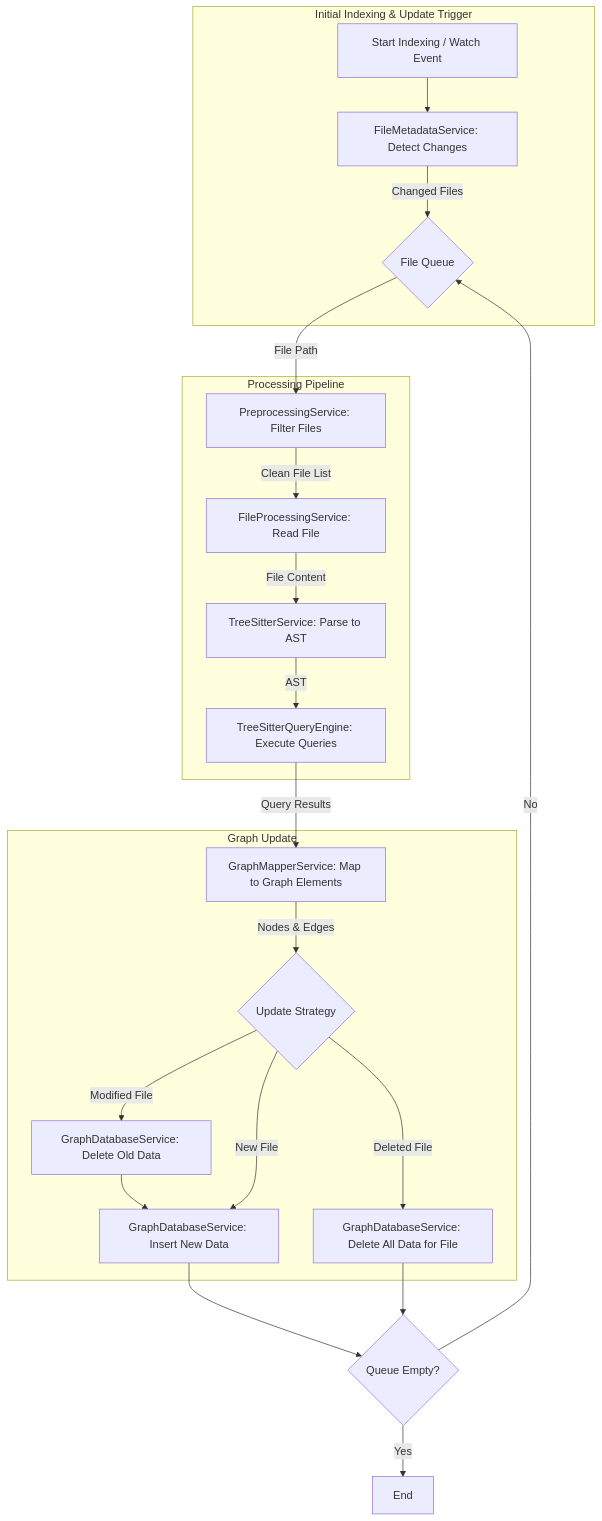
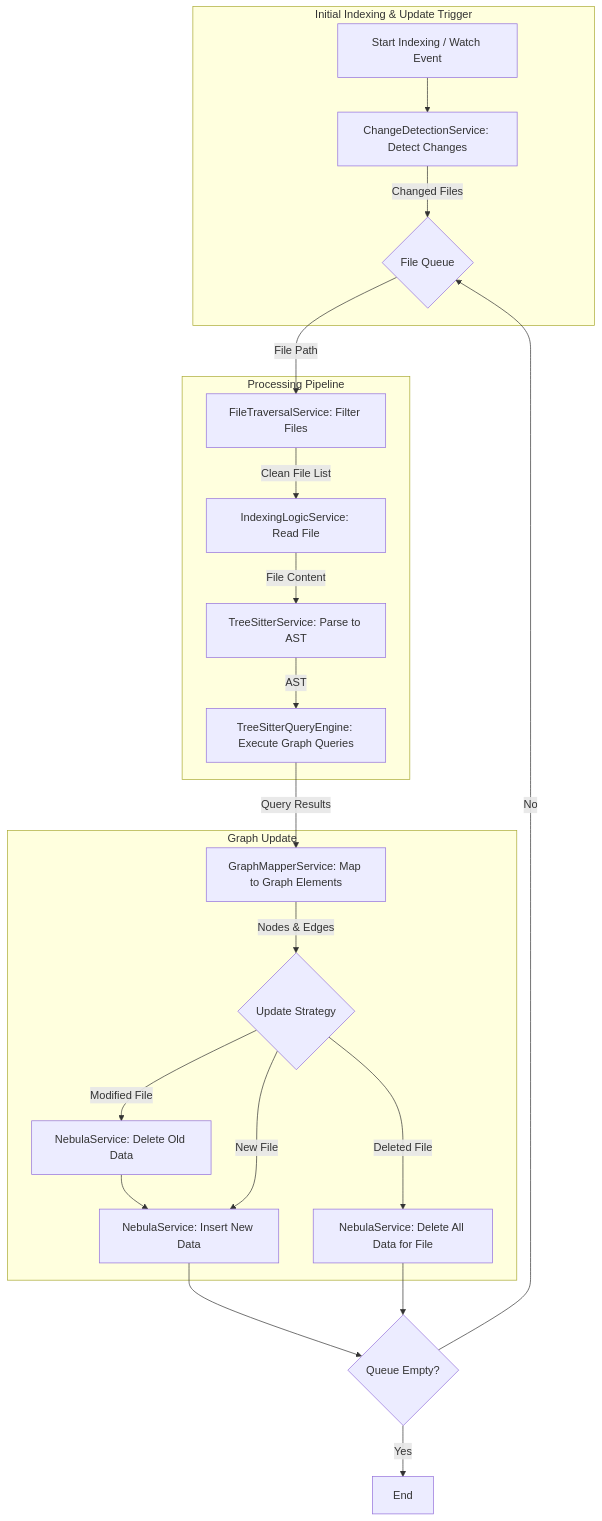
One commit to kkkqkx123/code-search-helper changed the diagram in docs/plan/graph-index/index-design.md. Above: the diagram before and after it, drawn with Mermaid. The commit also changed other lines of this file and 11 other files, not shown here.

````diff
--- a/docs/plan/graph-index/index-design.md
+++ b/docs/plan/graph-index/index-design.md
@@ -95,28 +49,28 @@
 ```mermaid
 graph TD
     subgraph Initial Indexing & Update Trigger
-        A[Start Indexing / Watch Event] --> B[FileMetadataService: Detect Changes];
+        A[Start Indexing / Watch Event] --> B[ChangeDetectionService: Detect Changes];
         B -- Changed Files --> C{File Queue};
     end
 
     subgraph Processing Pipeline
-        C -- File Path --> D[PreprocessingService: Filter Files];
-        D -- Clean File List --> E[FileProcessingService: Read File];
+        C -- File Path --> D[FileTraversalService: Filter Files];
+        D -- Clean File List --> E[IndexingLogicService: Read File];
         E -- File Content --> F[TreeSitterService: Parse to AST];
-        F -- AST --> G[TreeSitterQueryEngine: Execute Queries];
+        F -- AST --> G[TreeSitterQueryEngine: Execute Graph Queries];
     end
     
     subgraph Graph Update
         G -- Query Results --> H[GraphMapperService: Map to Graph Elements];
         H -- Nodes & Edges --> I{Update Strategy};
-        I -- Modified File --> J[GraphDatabaseService: Delete Old Data];
-        J --> K[GraphDatabaseService: Insert New Data];
+        I -- Modified File --> J[NebulaService: Delete Old Data];
+        J --> K[NebulaService: Insert New Data];
         I -- New File --> K;
-        I -- Deleted File --> L[GraphDatabaseService: Delete All Data for File];
+        I -- Deleted File --> L[NebulaService: Delete All Data for File];
     end
 
     K --> M{Queue Empty?};
     L --> M;
     M -- No --> C;
     M -- Yes --> N[End];
 ```
````
